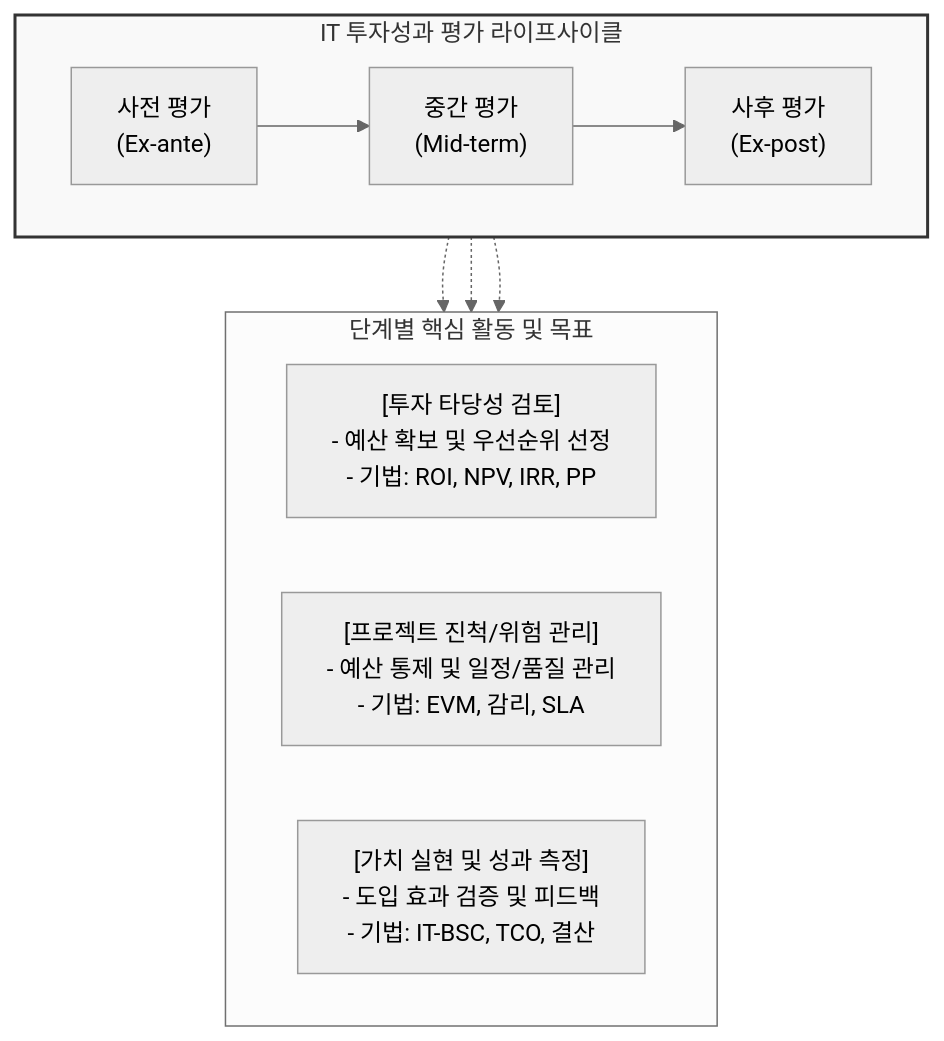
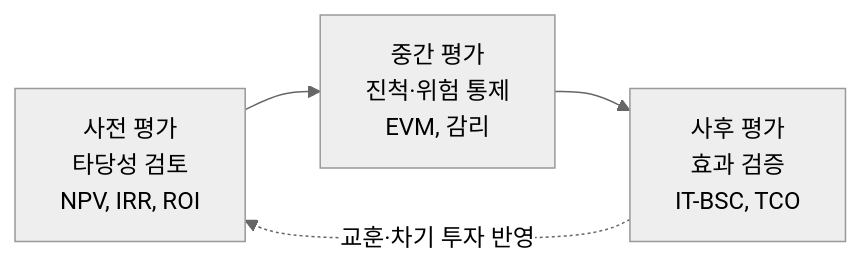
One commit to supremethumb/supremethumb.github.io changed the diagram in content/01_IT Tech/IT 투자성과 평가.md. Above: the diagram before and after it, drawn with Mermaid (neutral theme). The commit also changed other lines of this file and 1087 other files, not shown here.

````diff
--- a/content/01_IT Tech/IT 투자성과 평가.md
+++ b/content/01_IT Tech/IT 투자성과 평가.md
@@ -23,22 +32,6 @@
 ```mermaid
-flowchart TB
-    subgraph IT_Investment_Evaluation["IT 투자성과 평가 라이프사이클"]
-        direction LR
-        PRE["사전 평가<br/>(Ex-ante)"] --> MID["중간 평가<br/>(Mid-term)"]
-        MID --> POST["사후 평가<br/>(Ex-post)"]
-    end
-
-    subgraph Phase_Details["단계별 핵심 활동 및 목표"]
-        direction LR
-        D_PRE["[투자 타당성 검토]<br/>- 예산 확보 및 우선순위 선정<br/>- 기법: ROI, NPV, IRR, PP"] 
-        D_MID["[프로젝트 진척/위험 관리]<br/>- 예산 통제 및 일정/품질 관리<br/>- 기법: EVM, 감리, SLA"] 
-        D_POST["[가치 실현 및 성과 측정]<br/>- 도입 효과 검증 및 피드백<br/>- 기법: IT-BSC, TCO, 결산"] 
-    end
-
-    PRE -.-> D_PRE
-    MID -.-> D_MID
-    POST -.-> D_POST
-    
-    style IT_Investment_Evaluation fill:#f9f9f9,stroke:#333,stroke-width:2px
-
+flowchart LR
+    PRE["사전 평가<br/>타당성 검토<br/>NPV, IRR, ROI"] --> MID["중간 평가<br/>진척·위험 통제<br/>EVM, 감리"]
+    MID --> POST["사후 평가<br/>효과 검증<br/>IT-BSC, TCO"]
+    POST -.->|"교훈·차기 투자 반영"| PRE
 ```
````
